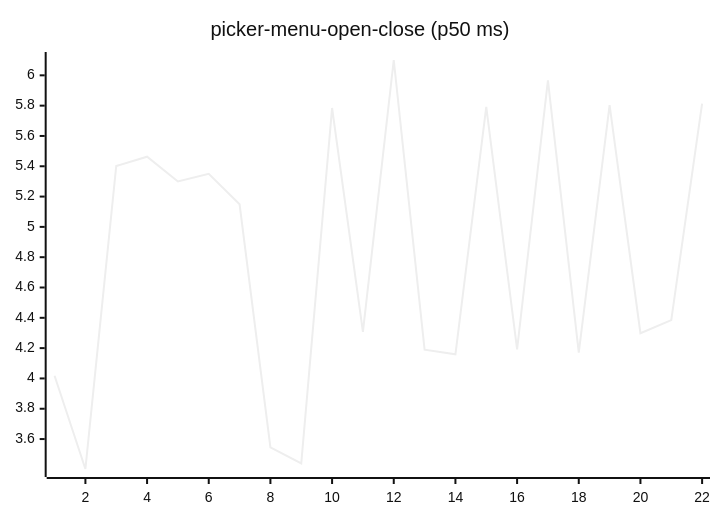
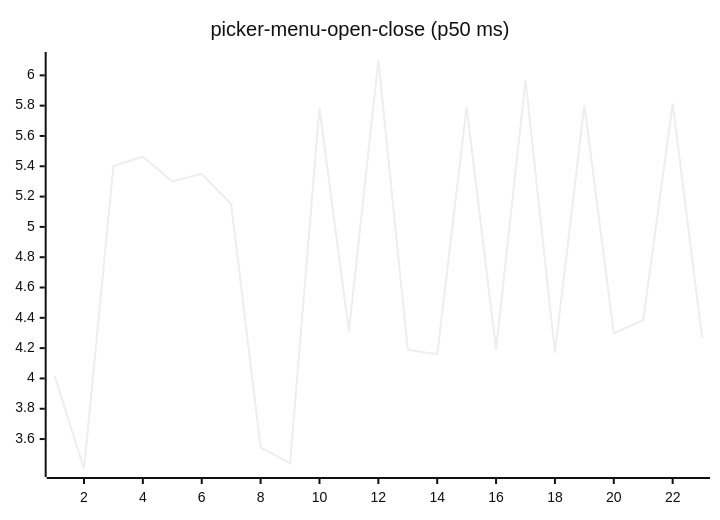
One commit to josha/Facet changed diagram 16 of 27 in README.md. Above: the diagram before and after it, drawn with Mermaid (neutral theme). The commit also changed other lines of this file and 2 other files, not shown here.

````diff
--- a/README.md
+++ b/README.md
@@ -168,6 +168,6 @@
 ```mermaid
 xychart-beta
     title "picker-menu-open-close (p50 ms)"
-    x-axis 1 --> 22
-    line [4.0174, 3.4024, 5.4017, 5.4631, 5.2994, 5.3502, 5.1493, 3.5447, 3.4388, 5.7846, 4.3066, 6.1012, 4.1897, 4.1591, 5.7919, 4.1912, 5.9674, 4.1698, 5.8037, 4.2981, 4.3851, 5.8139]
+    x-axis 1 --> 23
+    line [4.0174, 3.4024, 5.4017, 5.4631, 5.2994, 5.3502, 5.1493, 3.5447, 3.4388, 5.7846, 4.3066, 6.1012, 4.1897, 4.1591, 5.7919, 4.1912, 5.9674, 4.1698, 5.8037, 4.2981, 4.3851, 5.8139, 4.2694]
 ```
````
